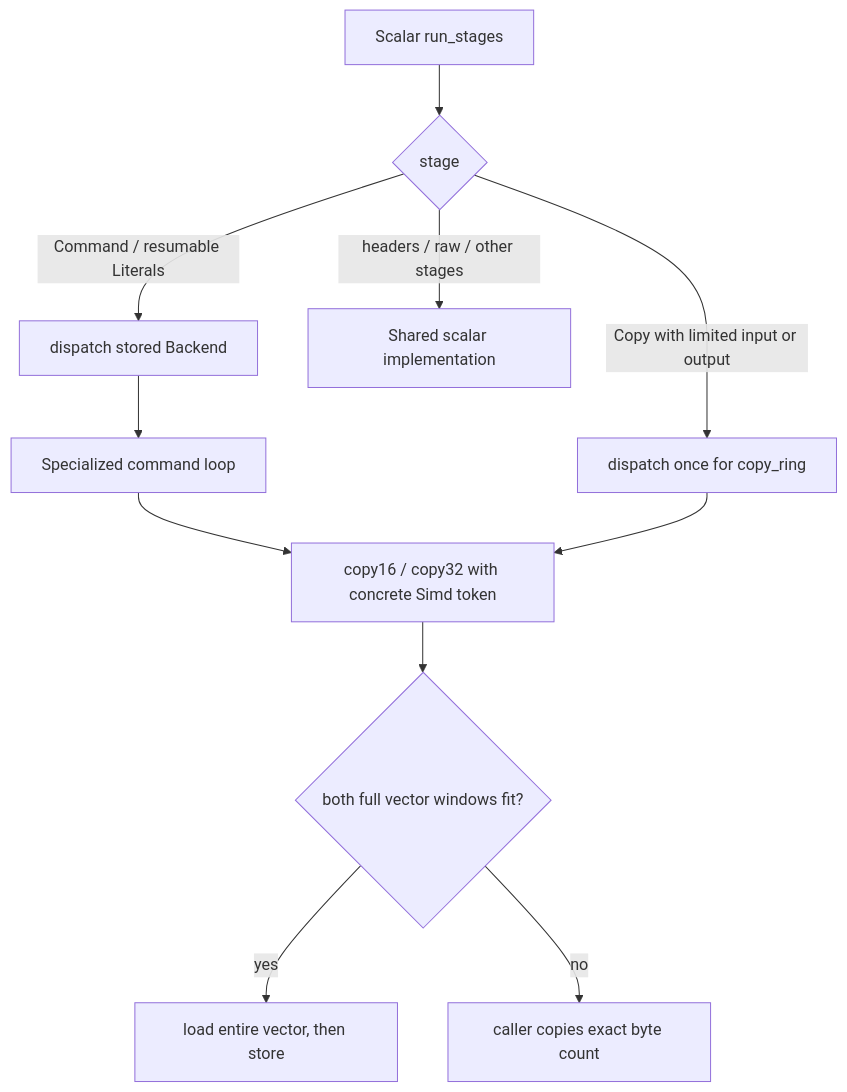
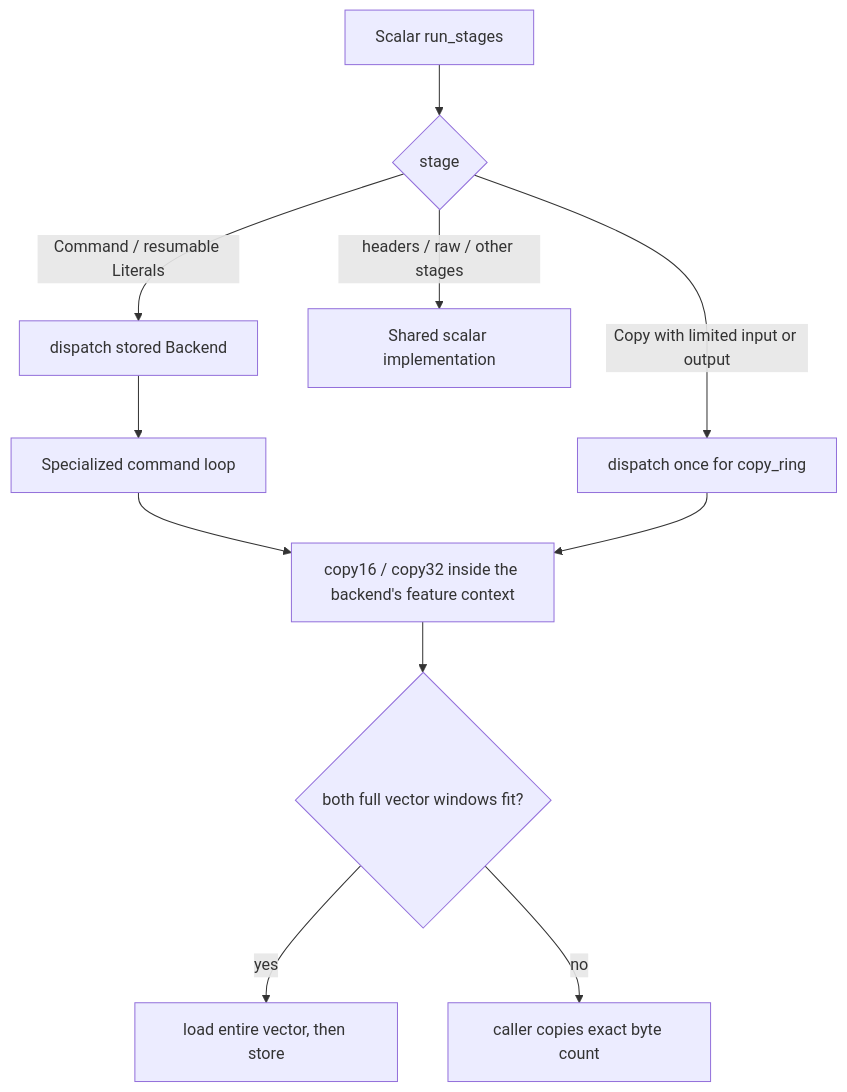
The seventh of 11 diagrams in architecture/decompressor.md (M-Compressors/mbrotli), drawn with Mermaid before and after one commit. The commit also changed other lines of this file and 185 other files, not shown here.

````diff
--- a/architecture/decompressor.md
+++ b/architecture/decompressor.md
@@ -397,13 +439,13 @@
 ```mermaid
 flowchart TD
     Stage[Scalar run_stages] --> Kind{stage}
     Kind -->|Command / resumable Literals| Dispatch[dispatch stored Backend]
     Dispatch --> Fast[Specialized command loop]
-    Fast --> Copy[copy16 / copy32 with concrete Simd token]
+    Fast --> Copy[copy16 / copy32 inside the backend's feature context]
     Kind -->|Copy with limited input or output| Bulk[dispatch once for copy_ring]
     Bulk --> Copy
     Kind -->|headers / raw / other stages| Scalar[Shared scalar implementation]
     Copy --> Bounds{both full vector windows fit?}
     Bounds -->|yes| Snapshot[load entire vector, then store]
     Bounds -->|no| Exact[caller copies exact byte count]
 ```
````
